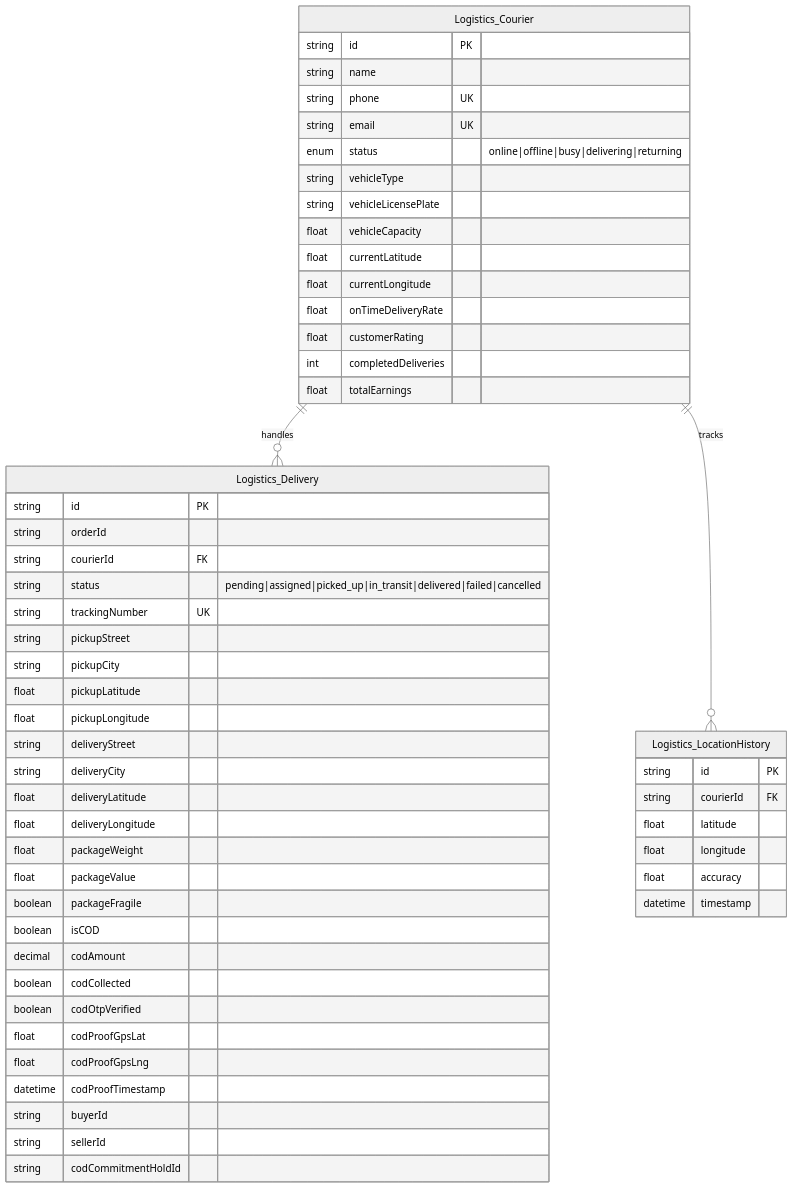
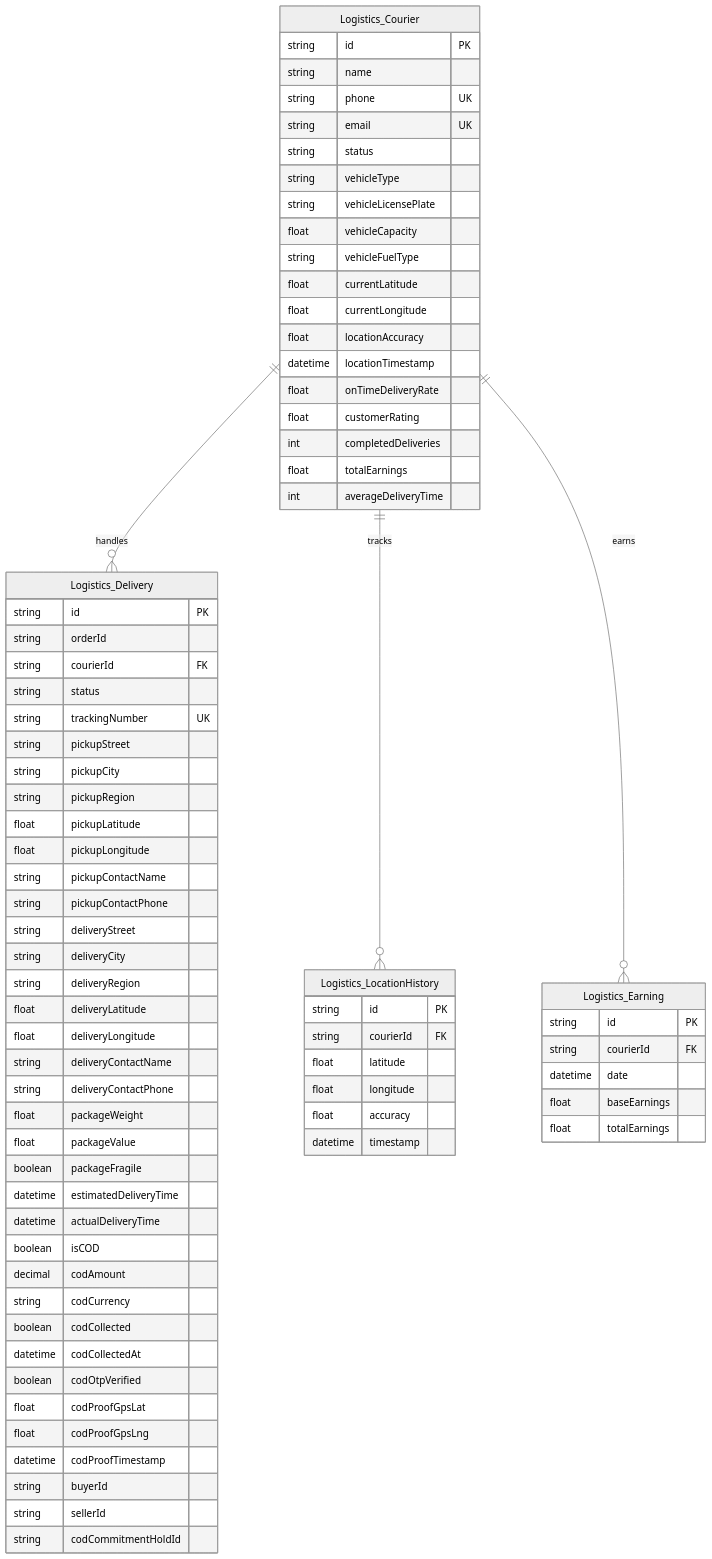
Before and after one commit to maysar-014/maysar-express-backend: diagram 12 of 22 in docs/architecture/database-relationship-diagrams.md, drawn with Mermaid (neutral theme). The commit also changed other lines of this file and 13 other files, not shown here.

First line of the commit message:
docs: complete database relationship diagrams from full schema

````diff
--- a/docs/architecture/database-relationship-diagrams.md
+++ b/docs/architecture/database-relationship-diagrams.md
@@ -364,38 +1051,52 @@
         string name
         string phone UK
         string email UK
-        enum status "online|offline|busy|delivering|returning"
+        string status
         string vehicleType
         string vehicleLicensePlate
         float vehicleCapacity
+        string vehicleFuelType
         float currentLatitude
         float currentLongitude
+        float locationAccuracy
+        datetime locationTimestamp
         float onTimeDeliveryRate
         float customerRating
         int completedDeliveries
         float totalEarnings
+        int averageDeliveryTime
     }
 
     Logistics_Delivery {
         string id PK
         string orderId
         string courierId FK
-        string status "pending|assigned|picked_up|in_transit|delivered|failed|cancelled"
+        string status
         string trackingNumber UK
         string pickupStreet
         string pickupCity
+        string pickupRegion
         float pickupLatitude
         float pickupLongitude
+        string pickupContactName
+        string pickupContactPhone
         string deliveryStreet
         string deliveryCity
+        string deliveryRegion
         float deliveryLatitude
         float deliveryLongitude
+        string deliveryContactName
+        string deliveryContactPhone
         float packageWeight
         float packageValue
         boolean packageFragile
+        datetime estimatedDeliveryTime
+        datetime actualDeliveryTime
         boolean isCOD
         decimal codAmount
+        string codCurrency
         boolean codCollected
+        datetime codCollectedAt
         boolean codOtpVerified
         float codProofGpsLat
         float codProofGpsLng
@@ -414,6 +1115,15 @@
         datetime timestamp
     }
 
+    Logistics_Earning {
+        string id PK
+        string courierId FK
+        datetime date
+        float baseEarnings
+        float totalEarnings
+    }
+
     Logistics_Courier ||--o{ Logistics_Delivery : "handles"
     Logistics_Courier ||--o{ Logistics_LocationHistory : "tracks"
+    Logistics_Courier ||--o{ Logistics_Earning : "earns"
 ```
````
